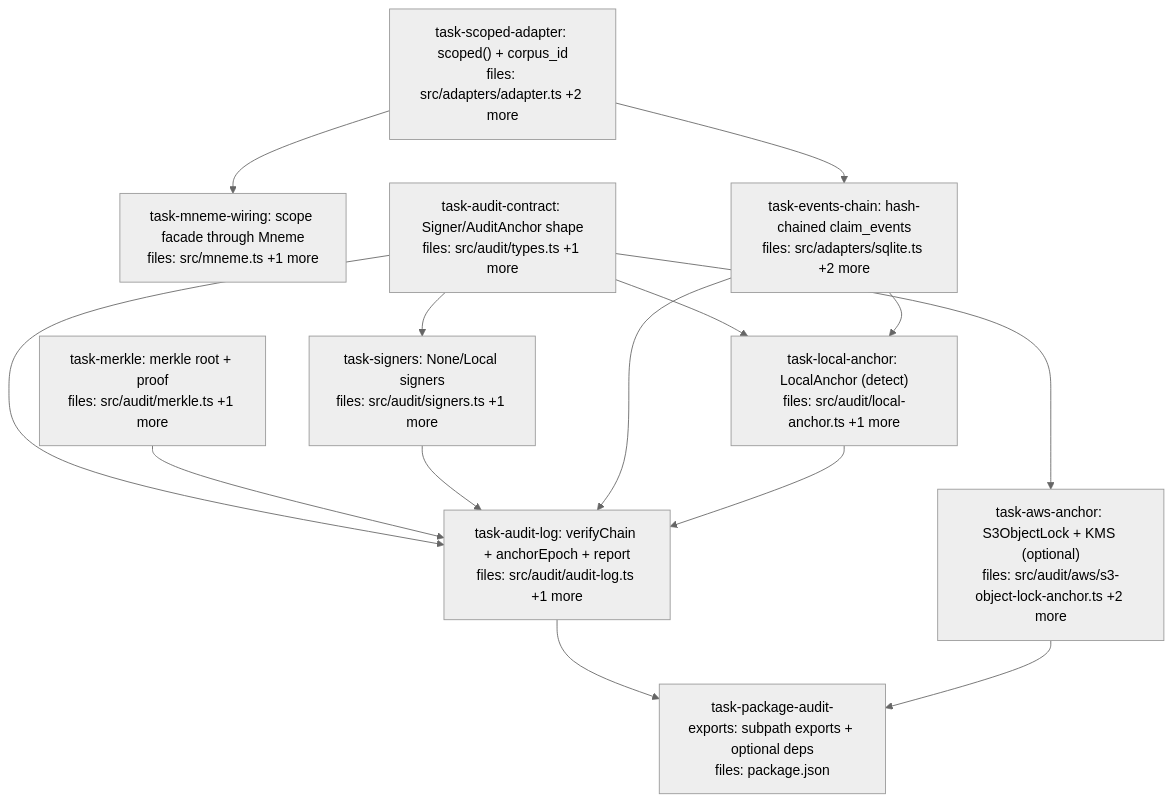
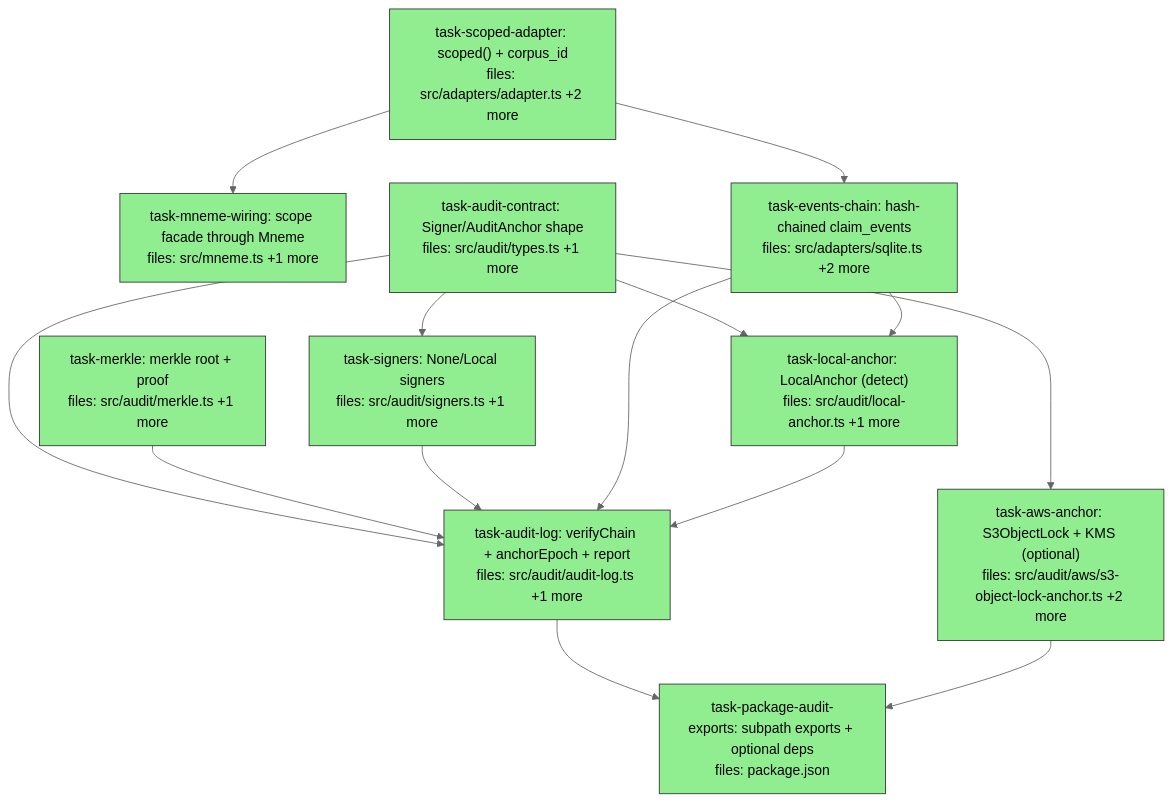
The diagram in docs/superpowers/plans/2026-05-30-corpus-isolation-and-tamper-evidence-dag.md (BrettNye/Mneme), drawn with Mermaid (neutral theme) before and after one commit. The commit also changed other lines of this file, not shown here.

Commit message:
docs(plan): mark corpus-isolation + tamper-evidence DAG complete (10/10)

````diff
--- a/docs/superpowers/plans/2026-05-30-corpus-isolation-and-tamper-evidence-dag.md
+++ b/docs/superpowers/plans/2026-05-30-corpus-isolation-and-tamper-evidence-dag.md
@@ -6,33 +6,33 @@
 ```mermaid
 flowchart TD
-    task-scoped-adapter["task-scoped-adapter: scoped() + corpus_id<br/>files: src/adapters/adapter.ts +2 more"]
-    task-mneme-wiring["task-mneme-wiring: scope facade through Mneme<br/>files: src/mneme.ts +1 more"]
-    task-audit-contract["task-audit-contract: Signer/AuditAnchor shape<br/>files: src/audit/types.ts +1 more"]
-    task-merkle["task-merkle: merkle root + proof<br/>files: src/audit/merkle.ts +1 more"]
-    task-signers["task-signers: None/Local signers<br/>files: src/audit/signers.ts +1 more"]
-    task-events-chain["task-events-chain: hash-chained claim_events<br/>files: src/adapters/sqlite.ts +2 more"]
-    task-local-anchor["task-local-anchor: LocalAnchor (detect)<br/>files: src/audit/local-anchor.ts +1 more"]
-    task-aws-anchor["task-aws-anchor: S3ObjectLock + KMS (optional)<br/>files: src/audit/aws/s3-object-lock-anchor.ts +2 more"]
-    task-audit-log["task-audit-log: verifyChain + anchorEpoch + report<br/>files: src/audit/audit-log.ts +1 more"]
-    task-package-audit-exports["task-package-audit-exports: subpath exports + optional deps<br/>files: package.json"]
+    task-scoped-adapter["task-scoped-adapter: scoped() + corpus_id<br/>files: src/adapters/adapter.ts +2 more"]:::done
+    task-mneme-wiring["task-mneme-wiring: scope facade through Mneme<br/>files: src/mneme.ts +1 more"]:::done
+    task-audit-contract["task-audit-contract: Signer/AuditAnchor shape<br/>files: src/audit/types.ts +1 more"]:::done
+    task-merkle["task-merkle: merkle root + proof<br/>files: src/audit/merkle.ts +1 more"]:::done
+    task-signers["task-signers: None/Local signers<br/>files: src/audit/signers.ts +1 more"]:::done
+    task-events-chain["task-events-chain: hash-chained claim_events<br/>files: src/adapters/sqlite.ts +2 more"]:::done
+    task-local-anchor["task-local-anchor: LocalAnchor (detect)<br/>files: src/audit/local-anchor.ts +1 more"]:::done
+    task-aws-anchor["task-aws-anchor: S3ObjectLock + KMS (optional)<br/>files: src/audit/aws/s3-object-lock-anchor.ts +2 more"]:::done
+    task-audit-log["task-audit-log: verifyChain + anchorEpoch + report<br/>files: src/audit/audit-log.ts +1 more"]:::done
+    task-package-audit-exports["task-package-audit-exports: subpath exports + optional deps<br/>files: package.json"]:::done
 
     task-scoped-adapter --> task-mneme-wiring
     task-scoped-adapter --> task-events-chain
     task-audit-contract --> task-signers
     task-audit-contract --> task-local-anchor
     task-events-chain --> task-local-anchor
     task-audit-contract --> task-aws-anchor
     task-audit-contract --> task-audit-log
     task-merkle --> task-audit-log
     task-signers --> task-audit-log
     task-events-chain --> task-audit-log
     task-local-anchor --> task-audit-log
     task-audit-log --> task-package-audit-exports
     task-aws-anchor --> task-package-audit-exports
 
     classDef done fill:#90ee90,stroke:#333
     classDef ready fill:#fffacd,stroke:#333
     classDef running fill:#87ceeb,stroke:#333
     classDef failed fill:#ffb6c1,stroke:#333
     classDef skipped fill:#d3d3d3,stroke:#333,stroke-dasharray: 5 5
 ```
````
